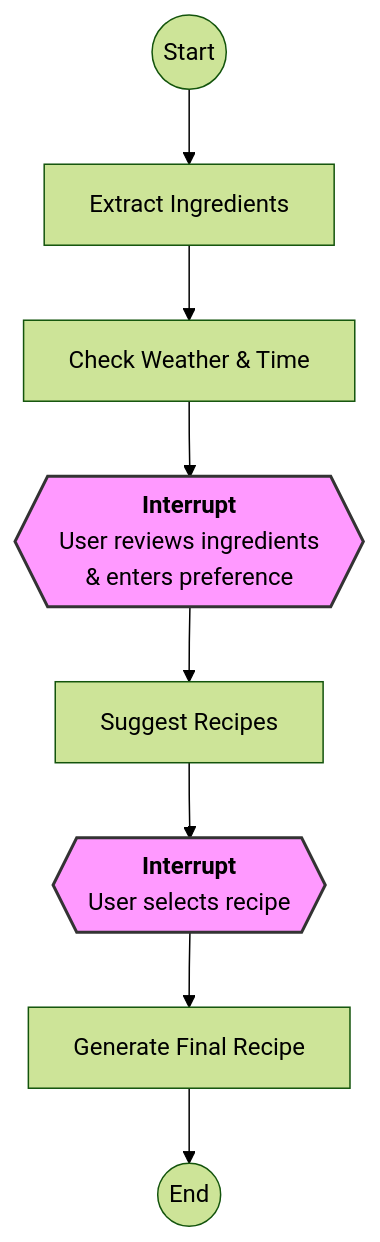
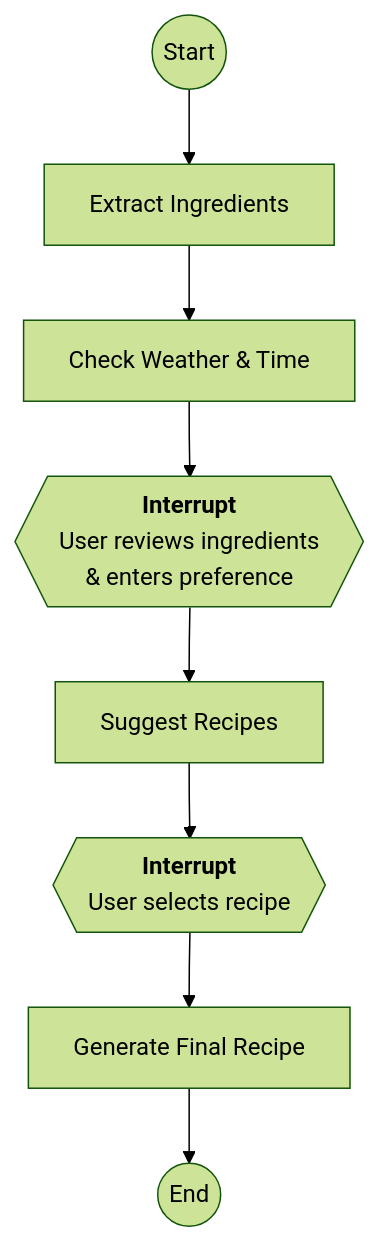
One commit to amcegan/recipe-helper changed the diagram in README.md. Above: the diagram before and after it, drawn with Mermaid (forest theme). The commit also changed other lines of this file and 1 other file, not shown here.

````diff
--- a/README.md
+++ b/README.md
@@ -52,13 +52,11 @@
 ```mermaid
 graph TD
     START((Start)) --> EXTRACT[Extract Ingredients]
     EXTRACT --> WEATHER[Check Weather & Time]
     WEATHER --> INT1{{"<b>Interrupt</b><br/>User reviews ingredients<br/>& enters preference"}}
     INT1 --> SUGGEST[Suggest Recipes]
     SUGGEST --> INT2{{"<b>Interrupt</b><br/>User selects recipe"}}
     INT2 --> FINAL[Generate Final Recipe]
     FINAL --> END((End))
 
-    style INT1 fill:#f9f,stroke:#333,stroke-width:2px
-    style INT2 fill:#f9f,stroke:#333,stroke-width:2px
 ```
````
